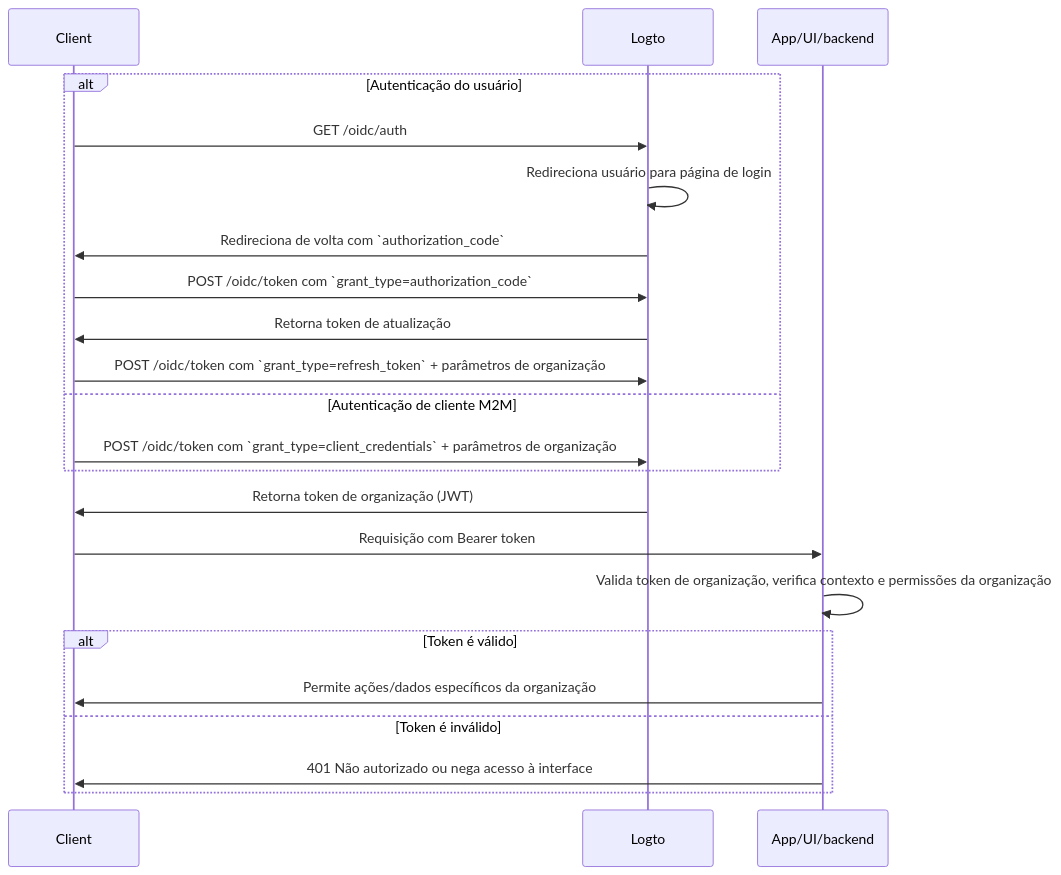
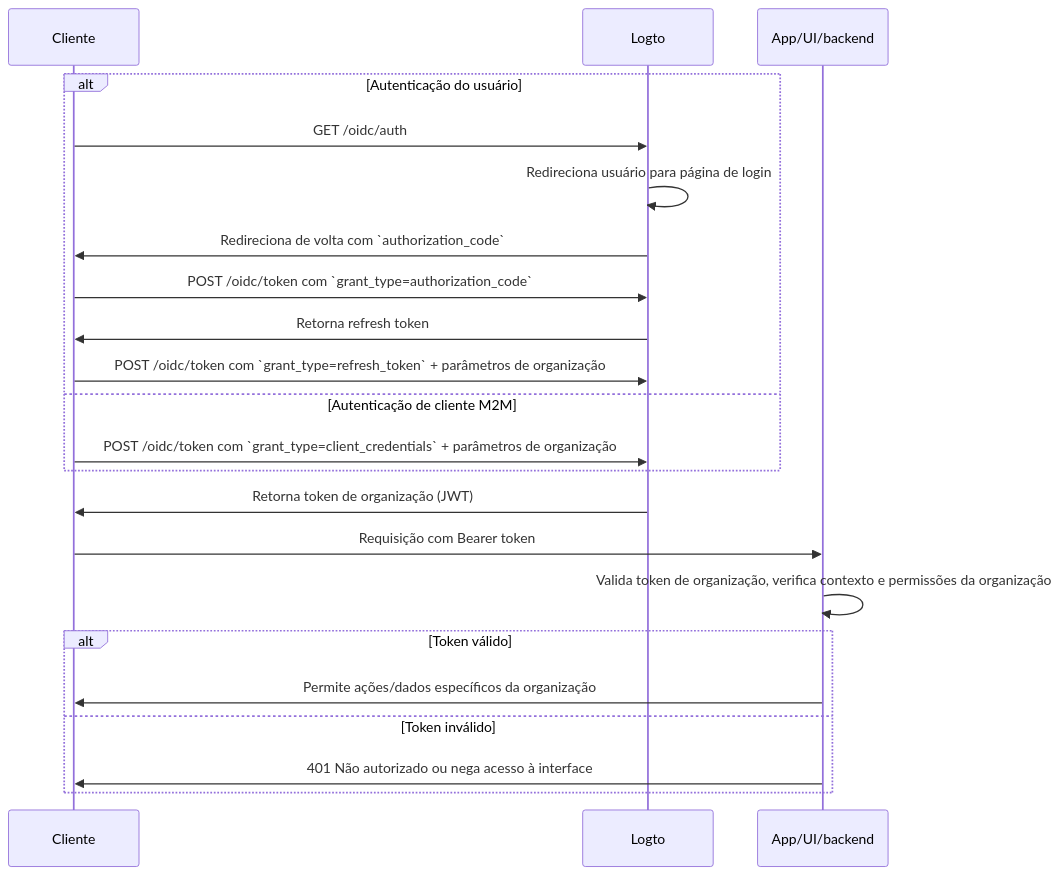
Before and after one commit to logto-io/docs: the diagram in i18n/pt-BR/docusaurus-plugin-content-docs/current/authorization/organization-permissions.mdx, drawn with Mermaid. The commit also changed other lines of this file and 36 other files, not shown here.

````diff
--- a/i18n/pt-BR/docusaurus-plugin-content-docs/current/authorization/organization-permissions.mdx
+++ b/i18n/pt-BR/docusaurus-plugin-content-docs/current/authorization/organization-permissions.mdx
@@ -62,27 +63,27 @@
 ```mermaid
 sequenceDiagram
-    participant Client
+    participant Cliente
     participant Logto
     participant App as App/UI/backend
 
     alt Autenticação do usuário
-        Client->>Logto: GET /oidc/auth
+        Cliente->>Logto: GET /oidc/auth
         Logto->>Logto: Redireciona usuário para página de login
-        Logto->>Client: Redireciona de volta com `authorization_code`
-        Client->>Logto: POST /oidc/token com `grant_type=authorization_code`
-        Logto->>Client: Retorna token de atualização
-        Client->>Logto: POST /oidc/token com `grant_type=refresh_token` + parâmetros de organização
+        Logto->>Cliente: Redireciona de volta com `authorization_code`
+        Cliente->>Logto: POST /oidc/token com `grant_type=authorization_code`
+        Logto->>Cliente: Retorna refresh token
+        Cliente->>Logto: POST /oidc/token com `grant_type=refresh_token` + parâmetros de organização
     else Autenticação de cliente M2M
-        Client->>Logto: POST /oidc/token com `grant_type=client_credentials` + parâmetros de organização
+        Cliente->>Logto: POST /oidc/token com `grant_type=client_credentials` + parâmetros de organização
     end
 
-    Logto->>Client: Retorna token de organização (JWT)
-    Client->>App: Requisição com Bearer token
+    Logto->>Cliente: Retorna token de organização (JWT)
+    Cliente->>App: Requisição com Bearer token
     App->>App: Valida token de organização, verifica contexto e permissões da organização
 
-    alt Token é válido
-        App->>Client: Permite ações/dados específicos da organização
-    else Token é inválido
-        App->>Client: 401 Não autorizado ou nega acesso à interface
+    alt Token válido
+        App->>Cliente: Permite ações/dados específicos da organização
+    else Token inválido
+        App->>Cliente: 401 Não autorizado ou nega acesso à interface
     end
 ```
````
